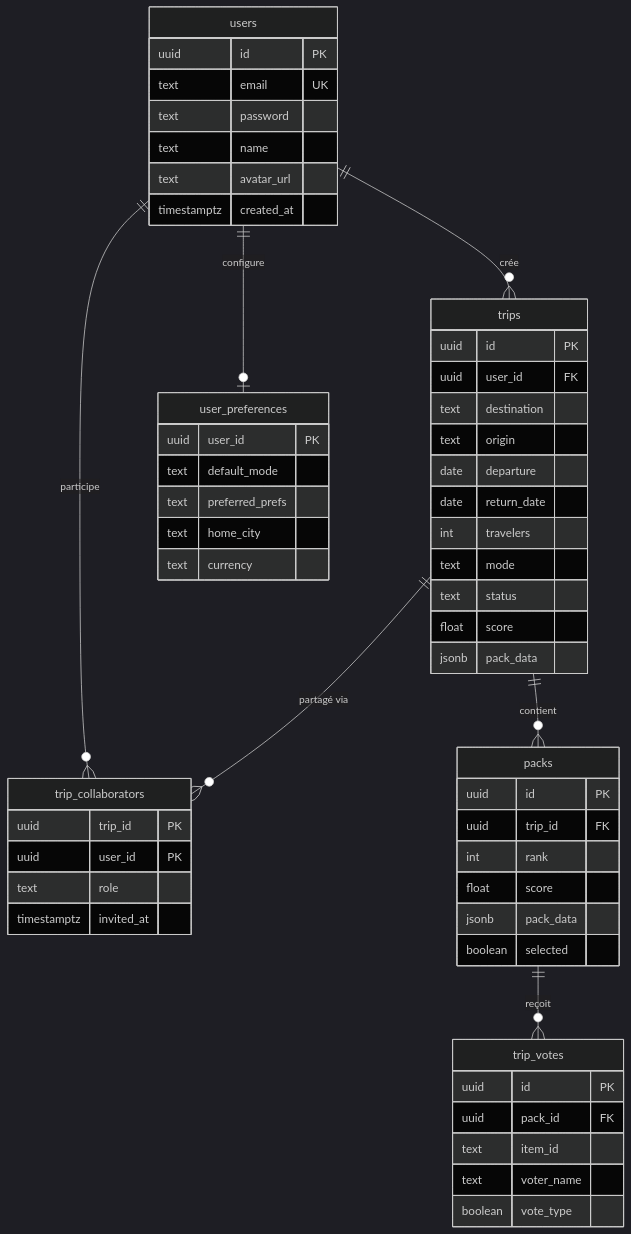
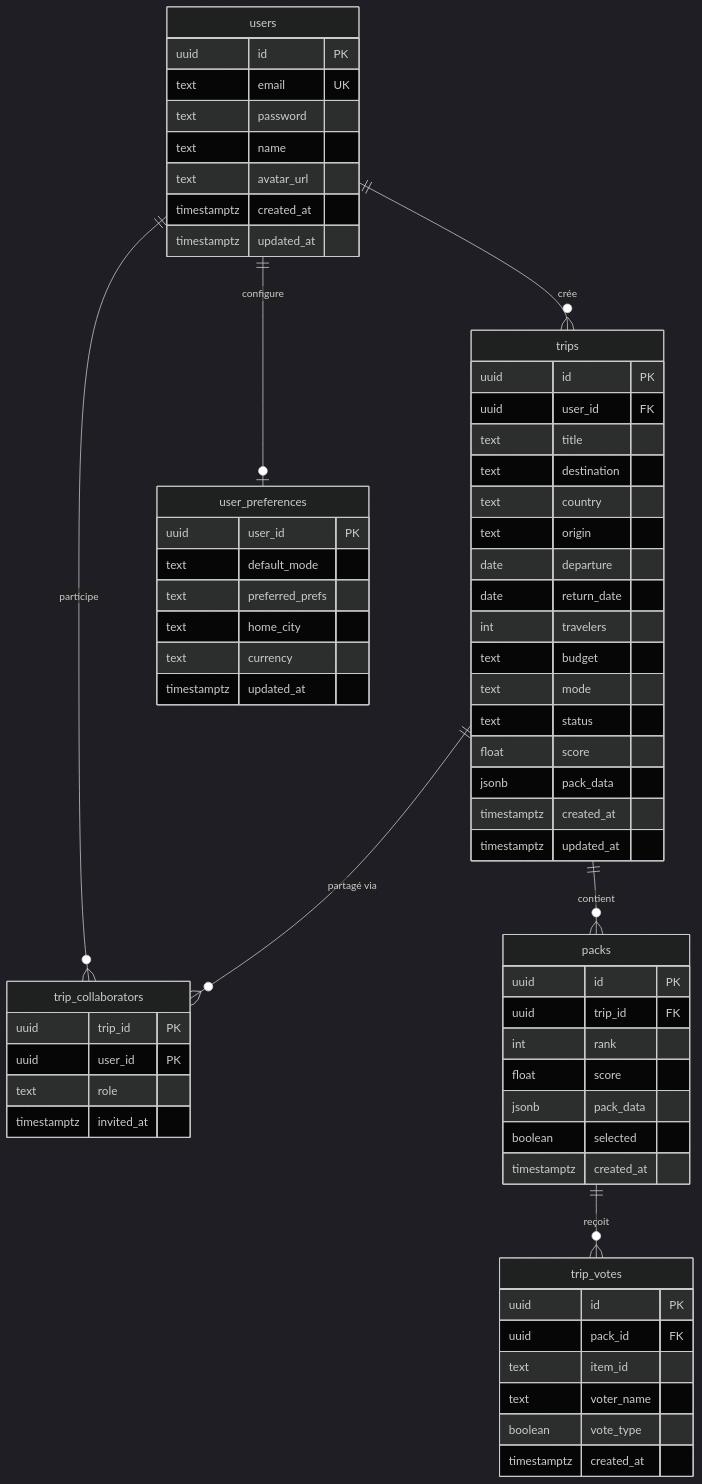
The diagram in docs/architecture/erd.mmd (loties1533/tripgenie-app), drawn with Mermaid (dark theme) before and after one commit. The commit also changed 12 other files, not shown here.

Commit message:
docs: aligner README + diagrammes sur le code de main

```diff
--- a/docs/architecture/erd.mmd
+++ b/docs/architecture/erd.mmd
@@ -1,57 +1,66 @@
 erDiagram
     users ||--o{ trips : "crée"
     users ||--o| user_preferences : "configure"
     users ||--o{ trip_collaborators : "participe"
     trips ||--o{ packs : "contient"
     trips ||--o{ trip_collaborators : "partagé via"
     packs ||--o{ trip_votes : "reçoit"
 
     users {
         uuid id PK
         text email UK
         text password
         text name
         text avatar_url
         timestamptz created_at
+        timestamptz updated_at
     }
     trips {
         uuid id PK
         uuid user_id FK
+        text title
         text destination
+        text country
         text origin
         date departure
         date return_date
         int travelers
+        text budget
         text mode
         text status
         float score
         jsonb pack_data
+        timestamptz created_at
+        timestamptz updated_at
     }
     packs {
         uuid id PK
         uuid trip_id FK
         int rank
         float score
         jsonb pack_data
         boolean selected
+        timestamptz created_at
     }
     trip_votes {
         uuid id PK
         uuid pack_id FK
         text item_id
         text voter_name
         boolean vote_type
+        timestamptz created_at
     }
     user_preferences {
         uuid user_id PK
         text default_mode
         text preferred_prefs
         text home_city
         text currency
+        timestamptz updated_at
     }
     trip_collaborators {
         uuid trip_id PK
         uuid user_id PK
         text role
         timestamptz invited_at
     }
```
